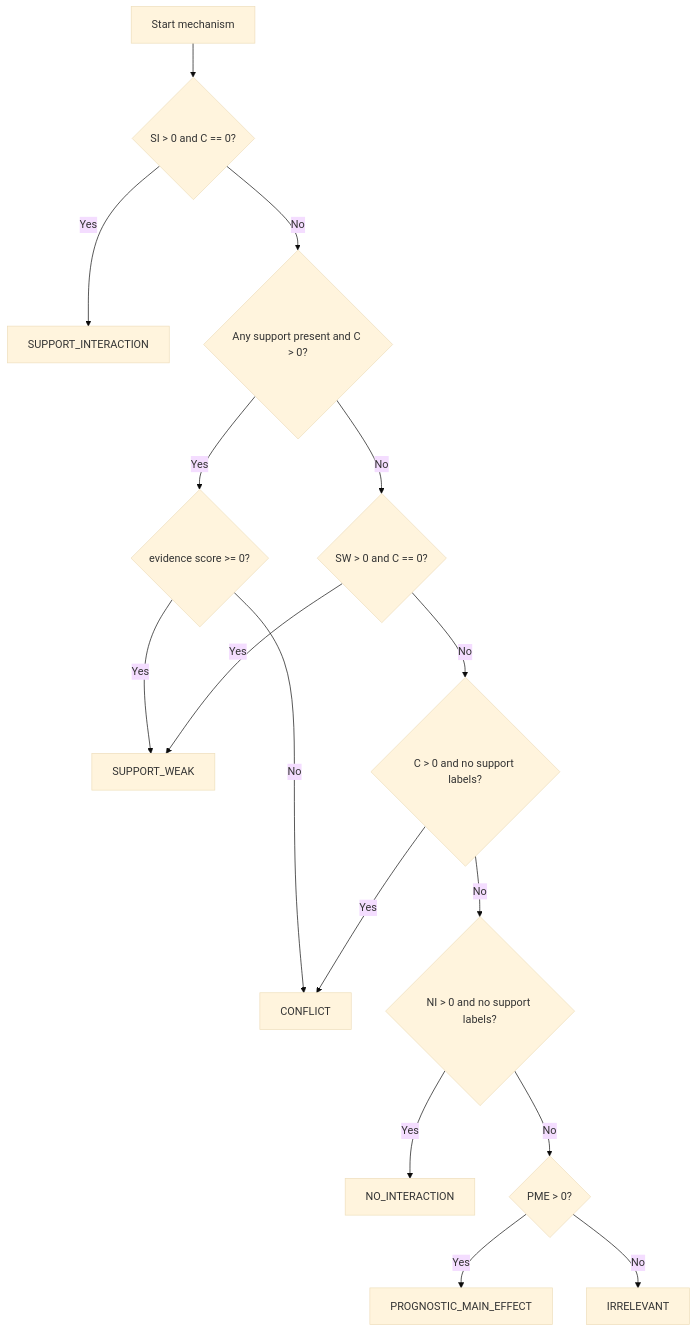
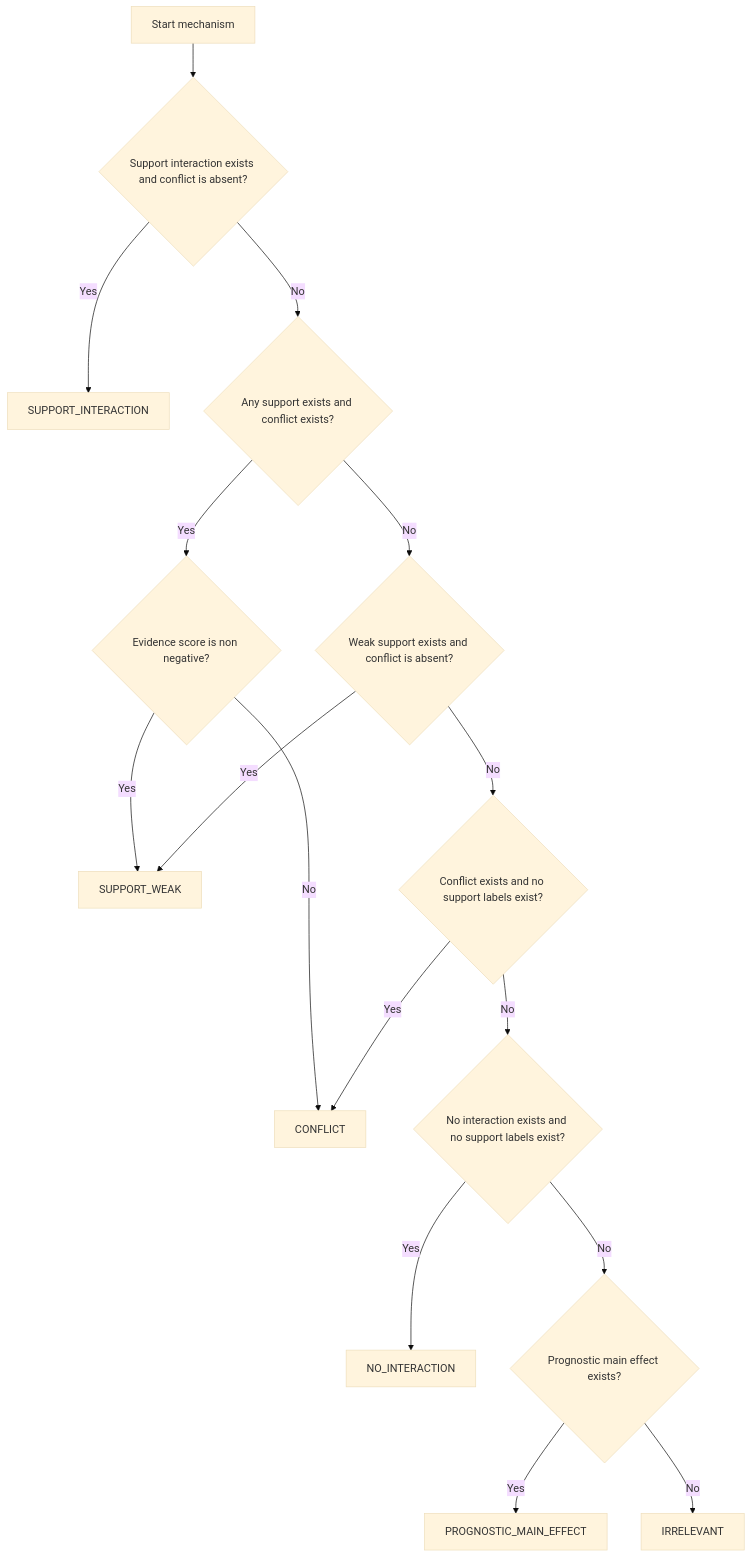
The diagram in README.md (q8888620002/LIFT-XAI), drawn with Mermaid (base theme) before and after one commit. The commit also changed other lines of this file, not shown here.

Commit message:
include ResearchAgent

````diff
--- a/README.md
+++ b/README.md
@@ -69,21 +69,21 @@
 ```mermaid
 flowchart TD
-    A[Start mechanism] --> B{"SI > 0 and C == 0?"}
+    A[Start mechanism] --> B{"Support interaction exists and conflict is absent?"}
     B -- Yes --> L1[SUPPORT_INTERACTION]
-    B -- No --> C{"Any support present and C > 0?"}
+    B -- No --> C{"Any support exists and conflict exists?"}
 
-    C -- Yes --> D{"evidence score >= 0?"}
+    C -- Yes --> D{"Evidence score is non negative?"}
     D -- Yes --> L2[SUPPORT_WEAK]
     D -- No --> L3[CONFLICT]
 
-    C -- No --> E{"SW > 0 and C == 0?"}
+    C -- No --> E{"Weak support exists and conflict is absent?"}
     E -- Yes --> L2
-    E -- No --> F{"C > 0 and no support labels?"}
+    E -- No --> F{"Conflict exists and no support labels exist?"}
 
     F -- Yes --> L3
-    F -- No --> G{"NI > 0 and no support labels?"}
+    F -- No --> G{"No interaction exists and no support labels exist?"}
     G -- Yes --> L4[NO_INTERACTION]
-    G -- No --> H{"PME > 0?"}
+    G -- No --> H{"Prognostic main effect exists?"}
     H -- Yes --> L5[PROGNOSTIC_MAIN_EFFECT]
     H -- No --> L6[IRRELEVANT]
 ```
````
